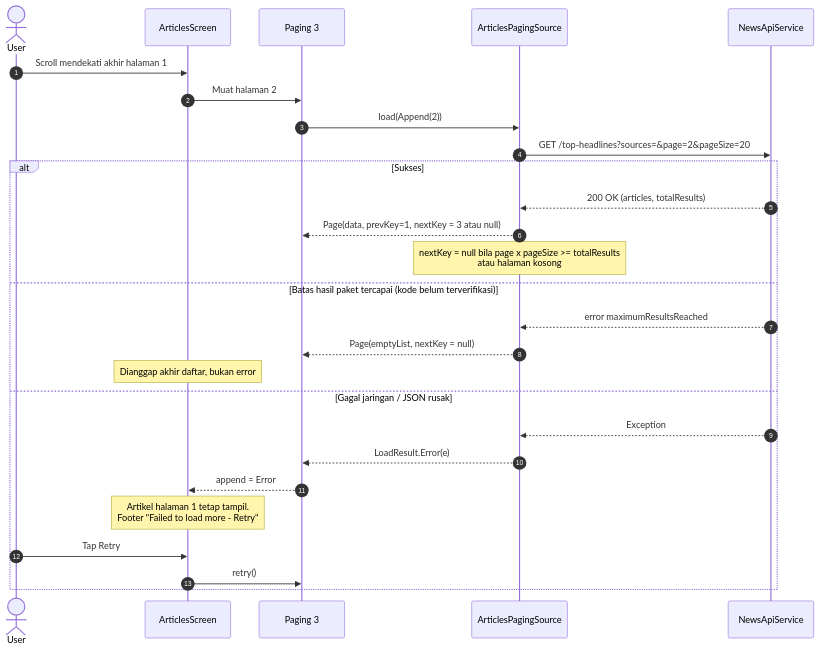
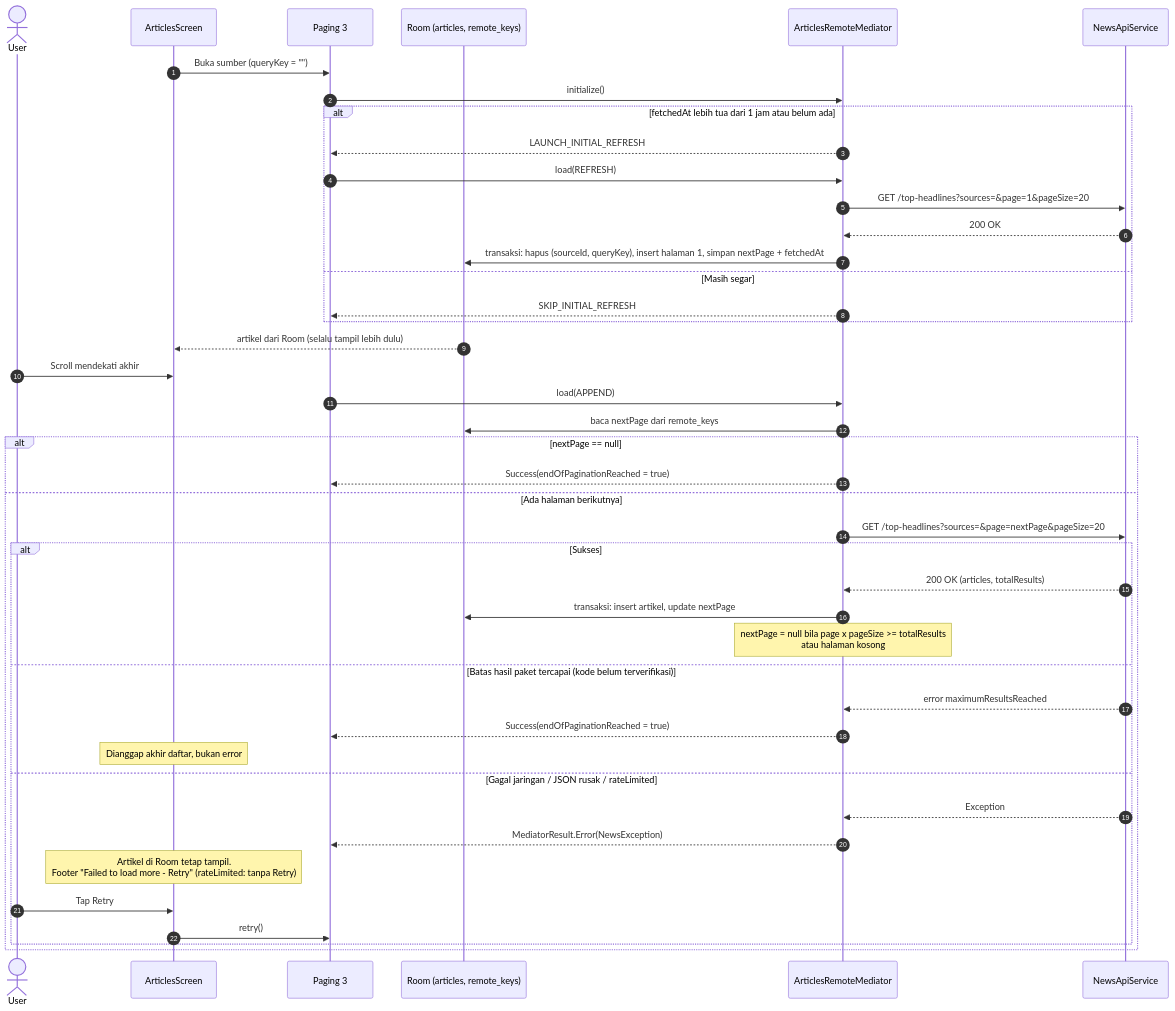
One commit to halimjr11/beacon changed the fourth of 6 diagrams in docs/architecture_engineering_decisions.md. Above: the diagram before and after it, drawn with Mermaid. The commit also changed other lines of this file and 29 other files, not shown here.

````diff
--- a/docs/architecture_engineering_decisions.md
+++ b/docs/architecture_engineering_decisions.md
@@ -210,31 +237,46 @@
 ```mermaid
 sequenceDiagram
     autonumber
     actor User
     participant Grid as ArticlesScreen
     participant Pager as Paging 3
-    participant Src as ArticlesPagingSource
+    participant DB as Room (articles, remote_keys)
+    participant Med as ArticlesRemoteMediator
     participant API as NewsApiService
 
-    User->>Grid: Scroll mendekati akhir halaman 1
-    Grid->>Pager: Muat halaman 2
-    Pager->>Src: load(Append(2))
-    Src->>API: GET /top-headlines?sources=&page=2&pageSize=20
-
-    alt Sukses
-        API-->>Src: 200 OK (articles, totalResults)
-        Src-->>Pager: Page(data, prevKey=1, nextKey = 3 atau null)
-        Note over Src: nextKey = null bila page x pageSize >= totalResults<br/>atau halaman kosong
-    else Batas hasil paket tercapai (kode belum terverifikasi)
-        API-->>Src: error maximumResultsReached
-        Src-->>Pager: Page(emptyList, nextKey = null)
-        Note over Grid: Dianggap akhir daftar, bukan error
-    else Gagal jaringan / JSON rusak
-        API-->>Src: Exception
-        Src-->>Pager: LoadResult.Error(e)
-        Pager-->>Grid: append = Error
-        Note over Grid: Artikel halaman 1 tetap tampil.<br/>Footer "Failed to load more - Retry"
-        User->>Grid: Tap Retry
-        Grid->>Pager: retry()
+    Grid->>Pager: Buka sumber (queryKey = "")
+    Pager->>Med: initialize()
+    alt fetchedAt lebih tua dari 1 jam atau belum ada
+        Med-->>Pager: LAUNCH_INITIAL_REFRESH
+        Pager->>Med: load(REFRESH)
+        Med->>API: GET /top-headlines?sources=&page=1&pageSize=20
+        API-->>Med: 200 OK
+        Med->>DB: transaksi: hapus (sourceId, queryKey), insert halaman 1, simpan nextPage + fetchedAt
+    else Masih segar
+        Med-->>Pager: SKIP_INITIAL_REFRESH
+    end
+    DB-->>Grid: artikel dari Room (selalu tampil lebih dulu)
+    User->>Grid: Scroll mendekati akhir
+    Pager->>Med: load(APPEND)
+    Med->>DB: baca nextPage dari remote_keys
+    alt nextPage == null
+        Med-->>Pager: Success(endOfPaginationReached = true)
+    else Ada halaman berikutnya
+        Med->>API: GET /top-headlines?sources=&page=nextPage&pageSize=20
+        alt Sukses
+            API-->>Med: 200 OK (articles, totalResults)
+            Med->>DB: transaksi: insert artikel, update nextPage
+            Note over Med: nextPage = null bila page x pageSize >= totalResults<br/>atau halaman kosong
+        else Batas hasil paket tercapai (kode belum terverifikasi)
+            API-->>Med: error maximumResultsReached
+            Med-->>Pager: Success(endOfPaginationReached = true)
+            Note over Grid: Dianggap akhir daftar, bukan error
+        else Gagal jaringan / JSON rusak / rateLimited
+            API-->>Med: Exception
+            Med-->>Pager: MediatorResult.Error(NewsException)
+            Note over Grid: Artikel di Room tetap tampil.<br/>Footer "Failed to load more - Retry" (rateLimited: tanpa Retry)
+            User->>Grid: Tap Retry
+            Grid->>Pager: retry()
+        end
     end
 ```
````
